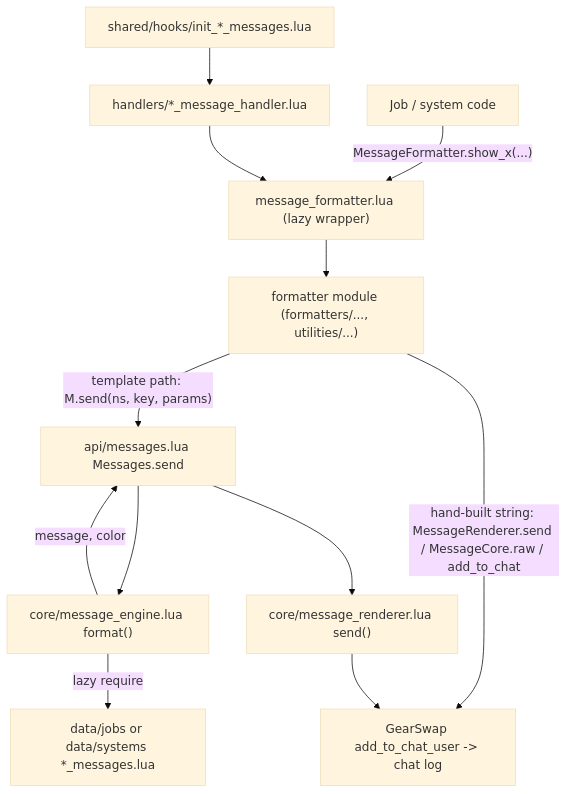
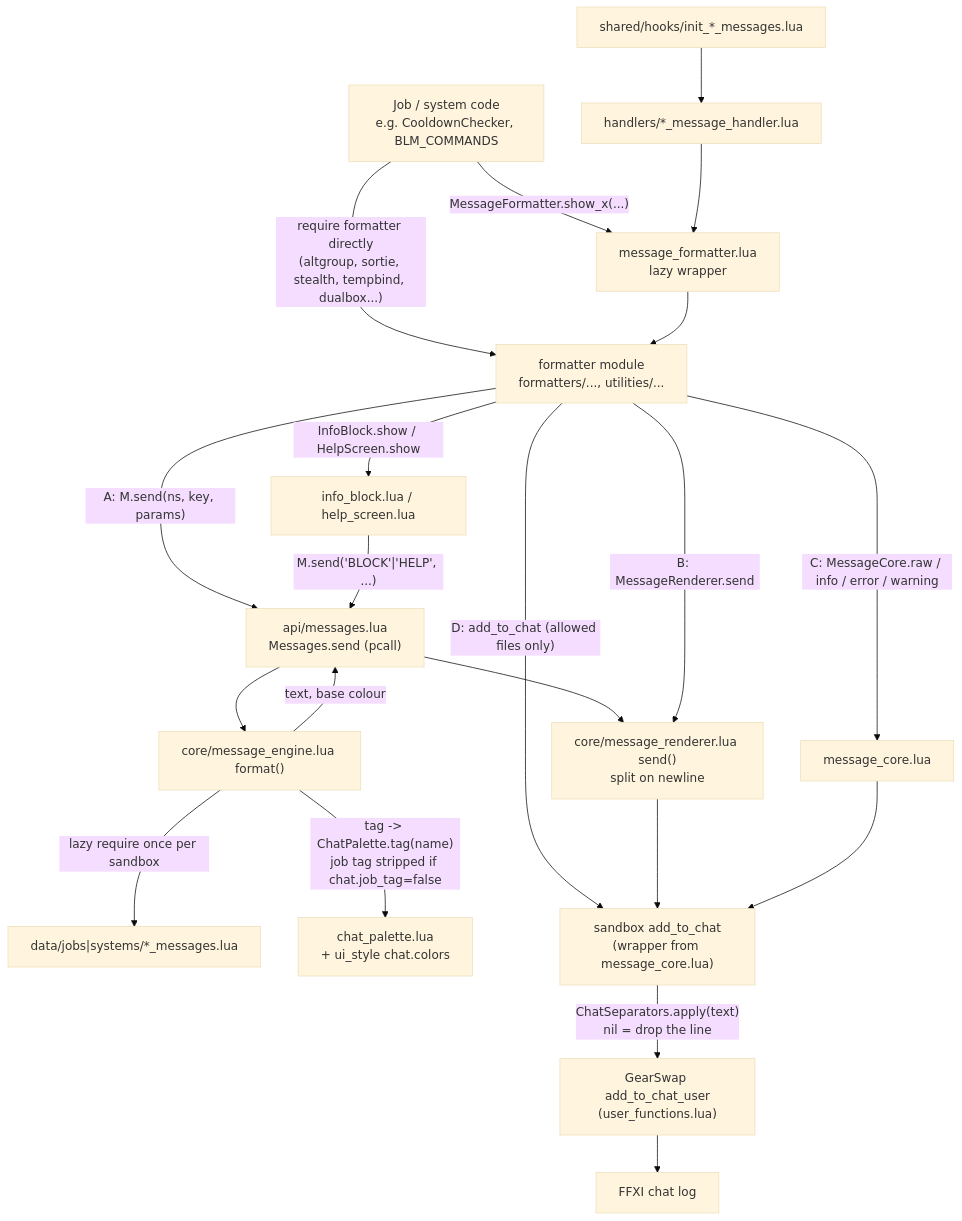
Before and after one commit to ejouanchicot/Gearswap: the first of 3 diagrams in docs/dev/systems/messages.md, drawn with Mermaid (base theme). The commit also changed other lines of this file and 14 other files, not shown here.

First line of the commit message:
docs(dev): re-verify systems and architecture pages against the code

````diff
--- a/docs/dev/systems/messages.md
+++ b/docs/dev/systems/messages.md
@@ -56,14 +71,23 @@
 ```mermaid
 flowchart TD
-    JOB["Job / system code"] -->|"MessageFormatter.show_x(...)"| FAC["message_formatter.lua (lazy wrapper)"]
-    FAC --> FMT["formatter module (formatters/..., utilities/...)"]
-    FMT -->|"template path: M.send(ns, key, params)"| API["api/messages.lua Messages.send"]
+    JOB["Job / system code<br/>e.g. CooldownChecker, BLM_COMMANDS"] -->|"MessageFormatter.show_x(...)"| FAC["message_formatter.lua<br/>lazy wrapper"]
+    JOB -->|"require formatter directly<br/>(altgroup, sortie, stealth, tempbind, dualbox...)"| FMT
+    FAC --> FMT["formatter module<br/>formatters/..., utilities/..."]
+    FMT -->|"A: M.send(ns, key, params)"| API["api/messages.lua<br/>Messages.send (pcall)"]
+    FMT -->|"InfoBlock.show / HelpScreen.show"| BLK["info_block.lua / help_screen.lua"]
+    BLK -->|"M.send('BLOCK'|'HELP', ...)"| API
     API --> ENG["core/message_engine.lua format()"]
-    ENG -->|"lazy require"| DATA["data/jobs or data/systems *_messages.lua"]
-    ENG -->|"message, color"| API
-    API --> REN["core/message_renderer.lua send()"]
-    FMT -->|"hand-built string: MessageRenderer.send / MessageCore.raw / add_to_chat"| OUT
-    REN --> OUT["GearSwap add_to_chat_user -> chat log"]
+    ENG -->|"lazy require once per sandbox"| DATA["data/jobs|systems/*_messages.lua"]
+    ENG -->|"tag -> ChatPalette.tag(name)<br/>job tag stripped if chat.job_tag=false"| PAL["chat_palette.lua<br/>+ ui_style chat.colors"]
+    ENG -->|"text, base colour"| API
+    API --> REN["core/message_renderer.lua send()<br/>split on newline"]
+    FMT -->|"B: MessageRenderer.send"| REN
+    FMT -->|"C: MessageCore.raw / info / error / warning"| CORE["message_core.lua"]
+    FMT -->|"D: add_to_chat (allowed files only)"| WRAP
+    REN --> WRAP["sandbox add_to_chat<br/>(wrapper from message_core.lua)"]
+    CORE --> WRAP
+    WRAP -->|"ChatSeparators.apply(text)<br/>nil = drop the line"| GS["GearSwap add_to_chat_user<br/>(user_functions.lua)"]
+    GS --> LOG["FFXI chat log"]
     HOOKS["shared/hooks/init_*_messages.lua"] --> HAND["handlers/*_message_handler.lua"]
     HAND --> FAC
 ```
````
